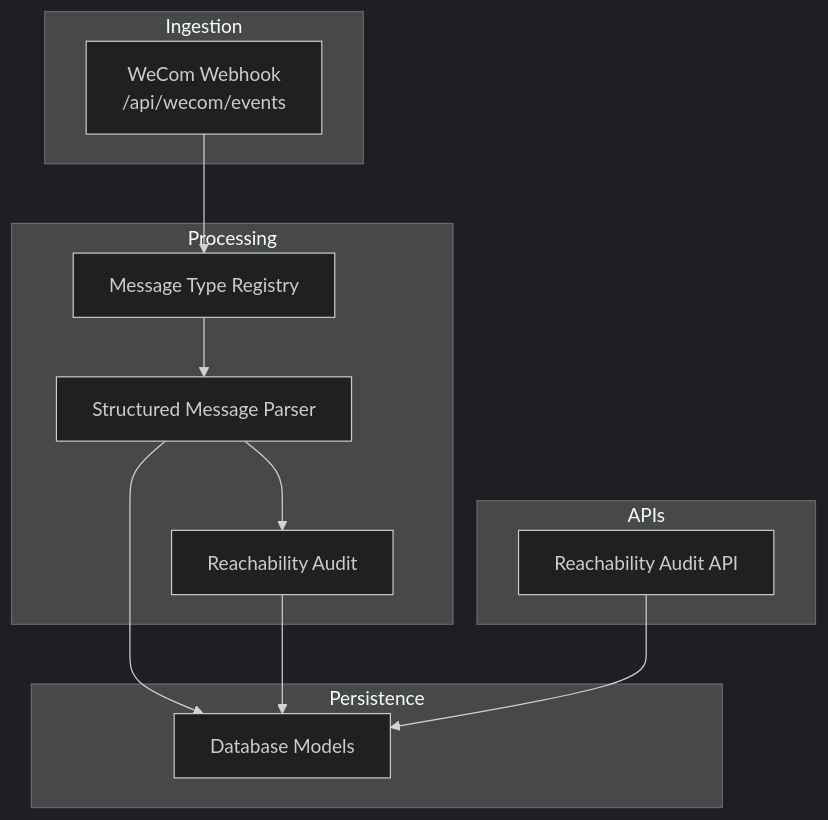
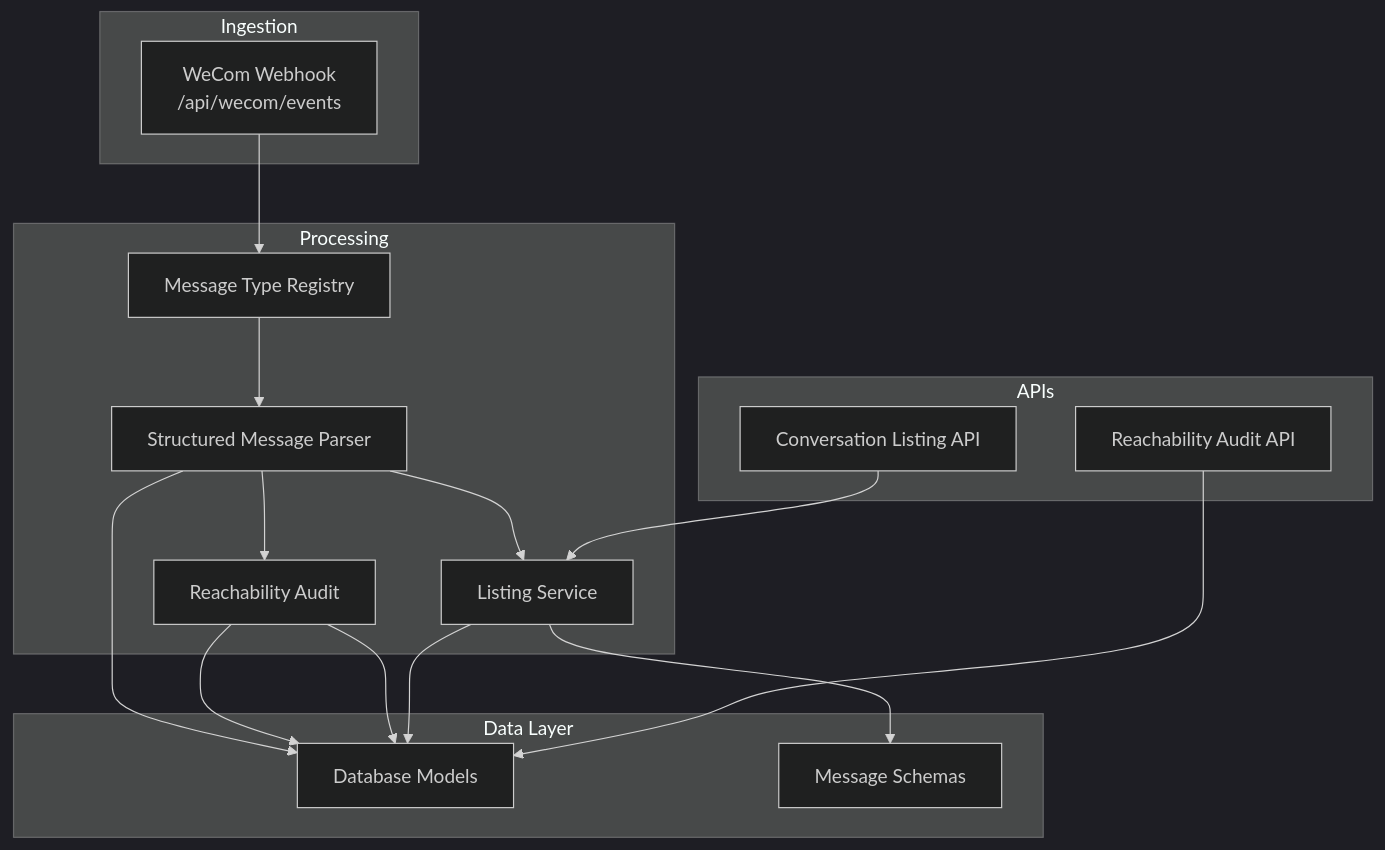
One commit to zuohaisu/wecom-archive changed the first of 4 diagrams in .qoder/repowiki/en/content/Architecture/Message Processing Pipeline/Message Processing Pipeline.md. Above: the diagram before and after it, drawn with Mermaid (dark theme). The commit also changed other lines of this file and 148 other files, not shown here.

````diff
--- a/.qoder/repowiki/en/content/Architecture/Message Processing Pipeline/Message Processing Pipeline.md
+++ b/.qoder/repowiki/en/content/Architecture/Message Processing Pipeline/Message Processing Pipeline.md
@@ -39,23 +58,31 @@
 ```mermaid
 graph TB
 subgraph "Ingestion"
 WE["WeCom Webhook<br/>/api/wecom/events"]
 end
 subgraph "Processing"
 MTR["Message Type Registry"]
 SMP["Structured Message Parser"]
 RA["Reachability Audit"]
+LS["Listing Service"]
 end
-subgraph "Persistence"
+subgraph "Data Layer"
 DB["Database Models"]
+SCHEMAS["Message Schemas"]
 end
 subgraph "APIs"
 RA_API["Reachability Audit API"]
+LISTING_API["Conversation Listing API"]
 end
 WE --> MTR
 MTR --> SMP
 SMP --> RA
 SMP --> DB
+SMP --> LS
 RA --> DB
+RA --> DB
+LS --> DB
+LS --> SCHEMAS
 RA_API --> DB
+LISTING_API --> LS
 ```
````
